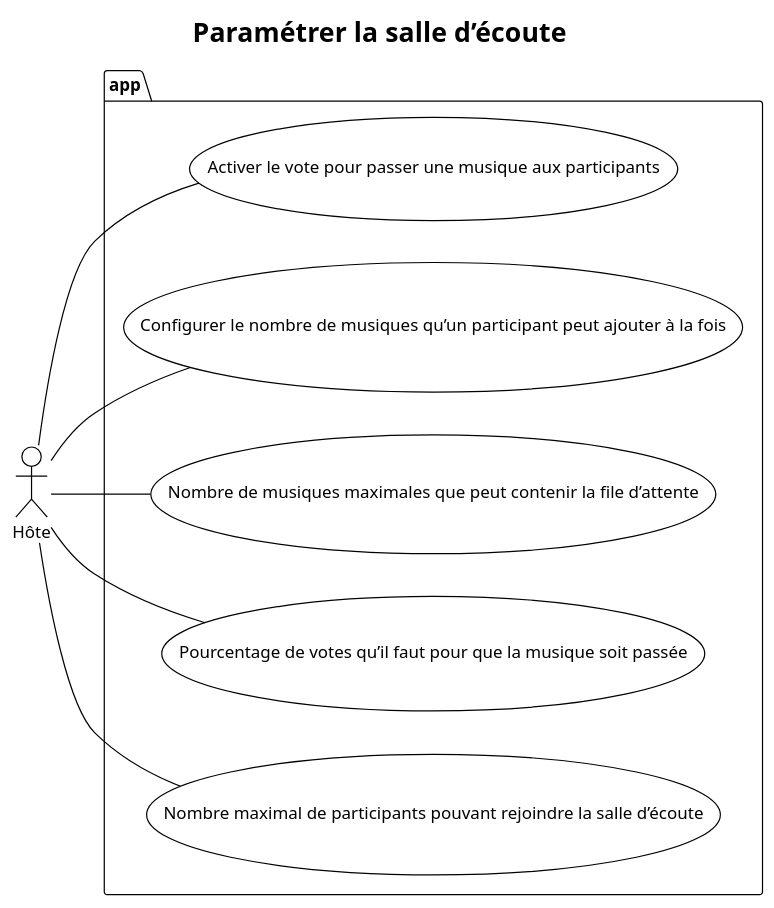
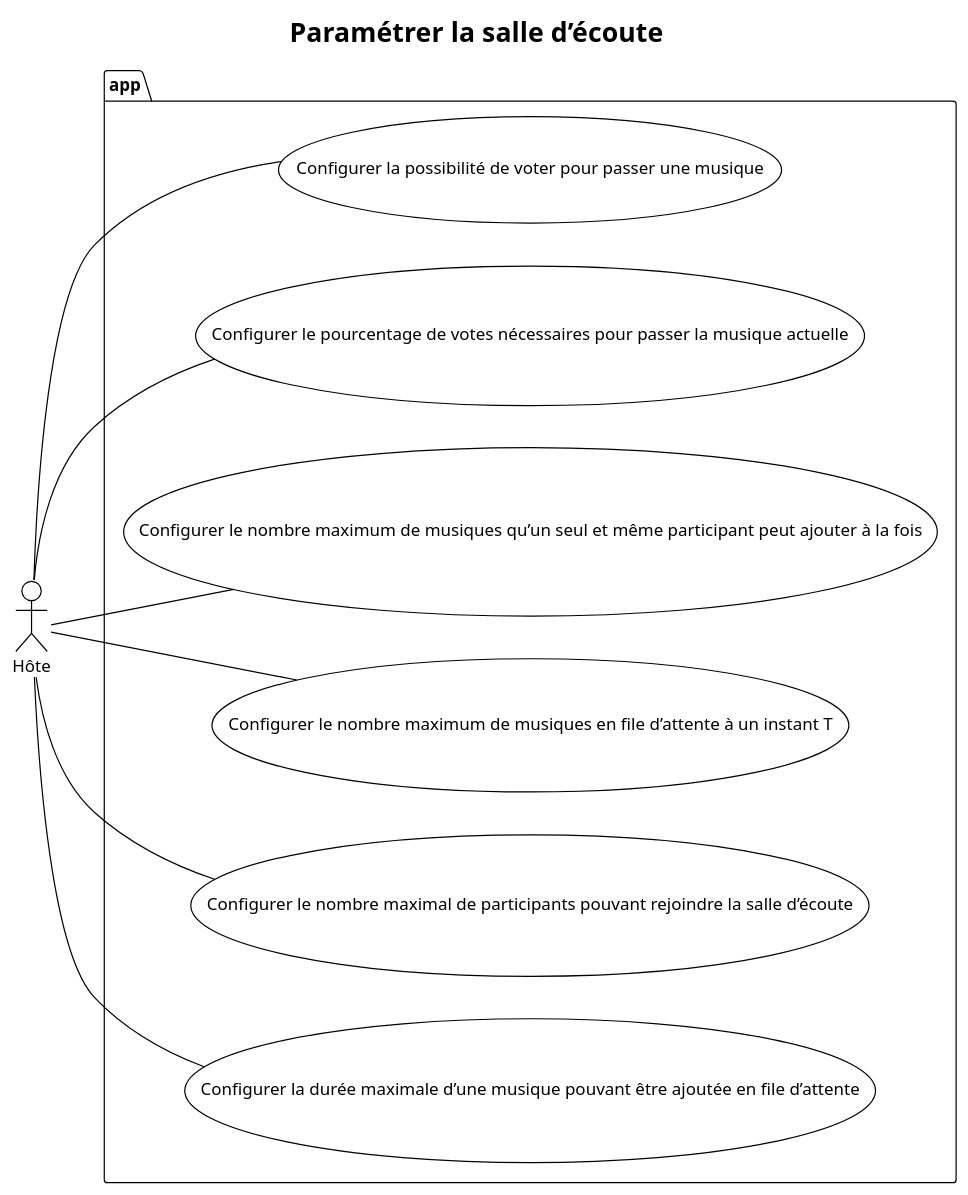
Before and after one commit to datsmysong/app: the diagram in Document du projet/Etude préalable/Diagrammes/Diagrammes de cas d'utilisation/DiagCUParameter.puml, drawn with PlantUML. The commit also changed 3 other files, not shown here.

Commit message:
feat: enhanced use case diagrams by fixing some issues and making use cases clearer

```diff
--- a/Document du projet/Etude préalable/Diagrammes/Diagrammes de cas d'utilisation/DiagCUParameter.puml
+++ b/Document du projet/Etude préalable/Diagrammes/Diagrammes de cas d'utilisation/DiagCUParameter.puml
@@ -1,22 +1,24 @@
 @startuml
 !theme plain
 left to right direction
 
 title Paramétrer la salle d’écoute
 
 :Hôte: as H
 
 package app{
-    usecase (Activer le vote pour passer une musique aux participants) as ACTIVATE
-    usecase (Configurer le nombre de musiques qu’un participant peut ajouter à la fois) as nbMusic
-    usecase (Nombre de musiques maximales que peut contenir la file d’attente) as nbMusicFile
-    usecase (Pourcentage de votes qu’il faut pour que la musique soit passée) as POURCENTAGE
-    usecase (Nombre maximal de participants pouvant rejoindre la salle d’écoute) as NBPARTICIPANT
+	usecase (Configurer la possibilité de voter pour passer une musique) as TOGGLE_VOTE
+    usecase (Configurer le pourcentage de votes nécessaires pour passer la musique actuelle) as CONFIG_VOTE_PERCENTAGE
+	usecase (Configurer le nombre maximum de musiques qu’un seul et même participant peut ajouter à la fois) as CONFIG_NB_MUSIC
+	usecase (Configurer le nombre maximum de musiques en file d’attente à un instant T) as CONFIG_NB_MUSIC_PER_PARTICIPANT
+	usecase (Configurer le nombre maximal de participants pouvant rejoindre la salle d’écoute) as CONFIG_NB_PARTICIPANT_MAX
+	usecase (Configurer la durée maximale d’une musique pouvant être ajoutée en file d’attente) as CONFIG_MAX_DURATION_PER_MUSIC
 }
 
-H -- ACTIVATE
-H -- nbMusic
-H -- nbMusicFile
-H -- POURCENTAGE
-H -- NBPARTICIPANT
+H -- TOGGLE_VOTE
+H -- CONFIG_VOTE_PERCENTAGE
+H -- CONFIG_NB_MUSIC
+H -- CONFIG_NB_MUSIC_PER_PARTICIPANT
+H -- CONFIG_NB_PARTICIPANT_MAX
+H -- CONFIG_MAX_DURATION_PER_MUSIC
 @enduml
```
